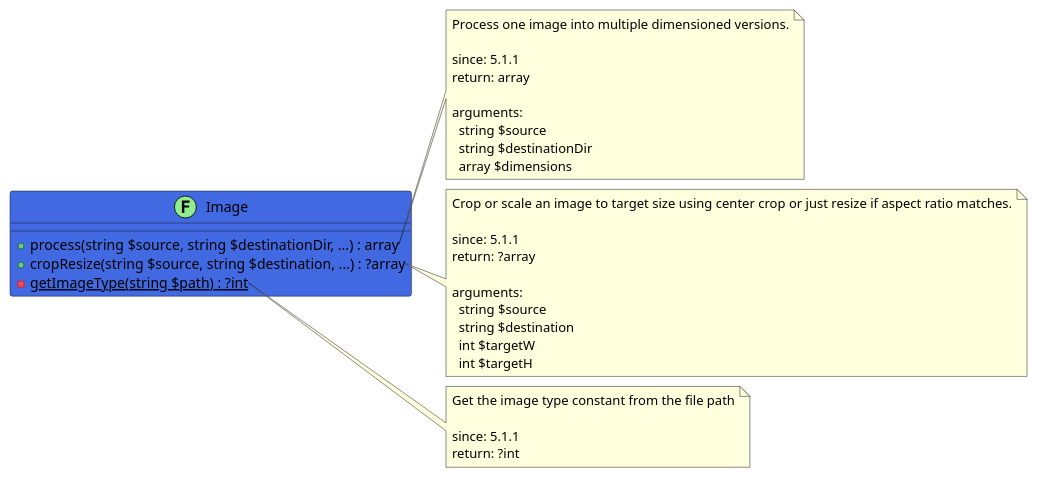
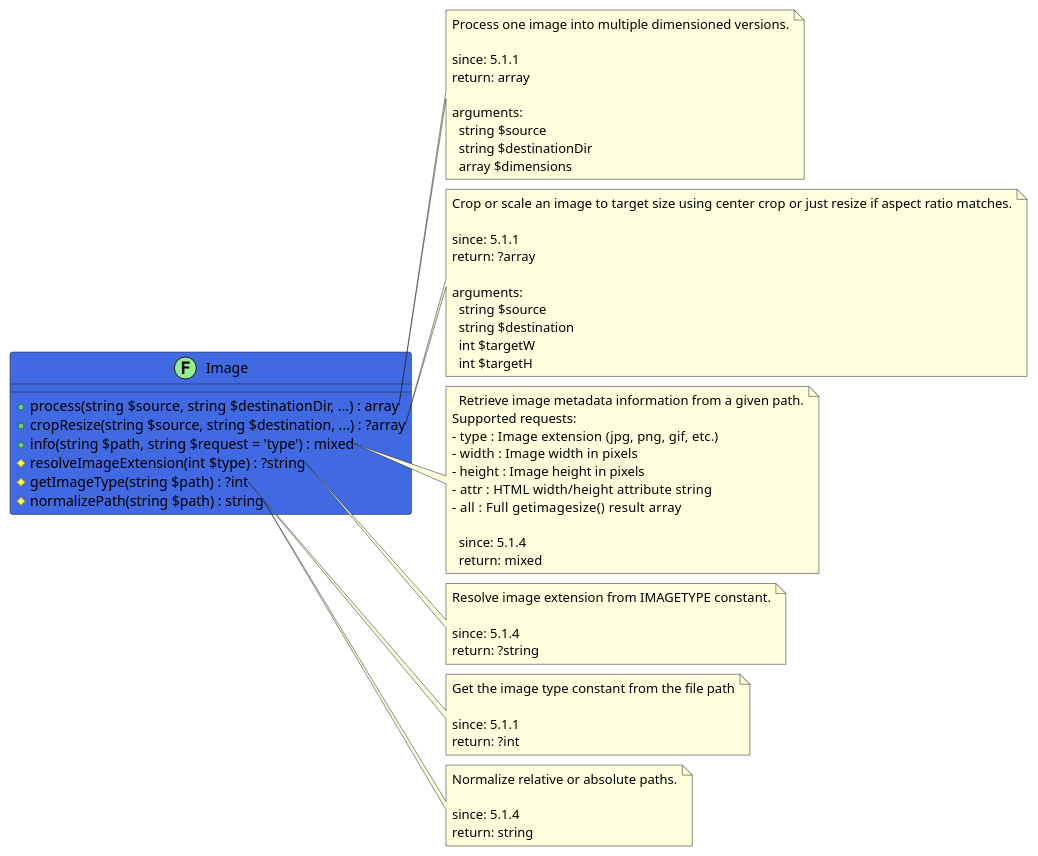
One commit to joomengine/super-powers changed the diagram in src/fbc235cd-e4cb-45e6-824e-51b3911243cc/README.md. Above: the diagram before and after it, drawn with PlantUML. The commit also changed 10 other files, not shown here.

````diff
--- a/src/fbc235cd-e4cb-45e6-824e-51b3911243cc/README.md
+++ b/src/fbc235cd-e4cb-45e6-824e-51b3911243cc/README.md
@@ -5,43 +5,73 @@
 ```uml
 @startuml
 
 class Image << (F,LightGreen) >> #RoyalBlue {
   + process(string $source, string $destinationDir, ...) : array
   + cropResize(string $source, string $destination, ...) : ?array
-  - {static} getImageType(string $path) : ?int
+  + info(string $path, string $request = 'type') : mixed
+  # resolveImageExtension(int $type) : ?string
+  # getImageType(string $path) : ?int
+  # normalizePath(string $path) : string
 }
 
 note right of Image::process
   Process one image into multiple dimensioned versions.
 
   since: 5.1.1
   return: array
   
   arguments:
     string $source
     string $destinationDir
     array $dimensions
 end note
 
 note right of Image::cropResize
   Crop or scale an image to target size using center crop or just resize if aspect ratio matches.
 
   since: 5.1.1
   return: ?array
   
   arguments:
     string $source
     string $destination
     int $targetW
     int $targetH
 end note
 
+note right of Image::info
+  Retrieve image metadata information from a given path.
+Supported requests:
+- type   : Image extension (jpg, png, gif, etc.)
+- width  : Image width in pixels
+- height : Image height in pixels
+- attr   : HTML width/height attribute string
+- all    : Full getimagesize() result array
+
+  since: 5.1.4
+  return: mixed
+end note
+
+note right of Image::resolveImageExtension
+  Resolve image extension from IMAGETYPE constant.
+
+  since: 5.1.4
+  return: ?string
+end note
+
 note right of Image::getImageType
   Get the image type constant from the file path
 
   since: 5.1.1
   return: ?int
 end note
 
+note right of Image::normalizePath
+  Normalize relative or absolute paths.
+
+  since: 5.1.4
+  return: string
+end note
+
 @enduml
 ```
````
